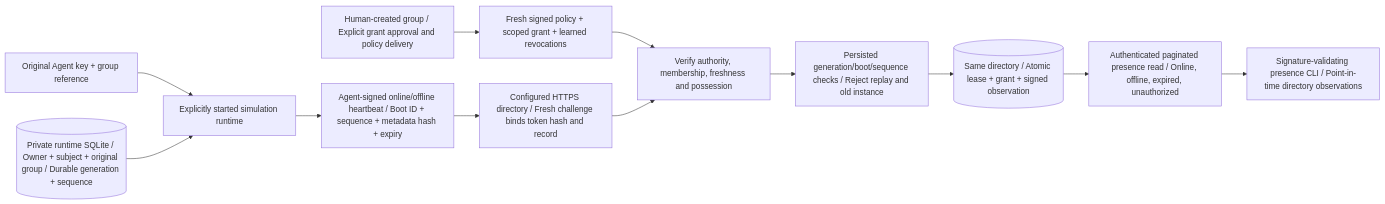
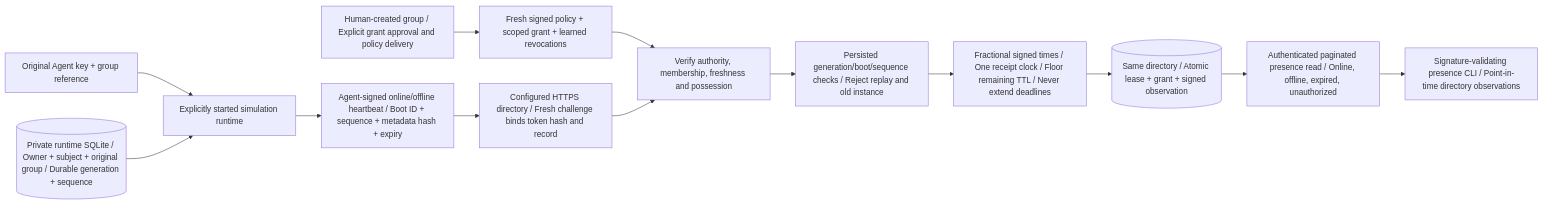
Before and after one commit to lgdu/tailnet-agents: the seventh of 7 diagrams in docs/architecture.md, drawn with Mermaid. The commit also changed other lines of this file and 8 other files, not shown here.

Commit message:
fix: preserve fractional presence TTL and bound delayed leases

````diff
--- a/docs/architecture.md
+++ b/docs/architecture.md
@@ -354,15 +354,16 @@
 ```mermaid
 flowchart LR
   HUMAN["Human-created group / Explicit grant approval and policy delivery"] --> AUTH["Fresh signed policy + scoped grant + learned revocations"]
   KEY["Original Agent key + group reference"] --> RUN["Explicitly started simulation runtime"]
   STATE[("Private runtime SQLite / Owner + subject + original group / Durable generation + sequence")]
   STATE --> RUN
   RUN --> SIGN["Agent-signed online/offline heartbeat / Boot ID + sequence + metadata hash + expiry"]
   SIGN --> PROOF["Configured HTTPS directory / Fresh challenge binds token hash and record"]
   AUTH --> GATE["Verify authority, membership, freshness and possession"]
   PROOF --> GATE
   GATE --> ORDER["Persisted generation/boot/sequence checks / Reject replay and old instance"]
-  ORDER --> DB[("Same directory / Atomic lease + grant + signed observation")]
+  ORDER --> LEASE["Fractional signed times / One receipt clock / Floor remaining TTL / Never extend deadlines"]
+  LEASE --> DB[("Same directory / Atomic lease + grant + signed observation")]
   DB --> OBS["Authenticated paginated presence read / Online, offline, expired, unauthorized"]
   OBS --> VIEW["Signature-validating presence CLI / Point-in-time directory observations"]
 ```
````
